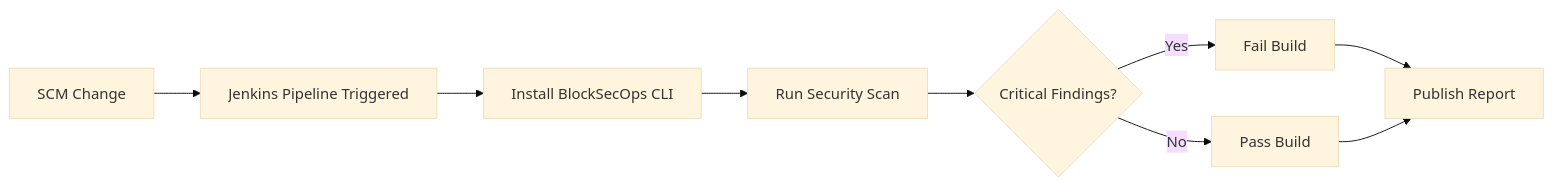
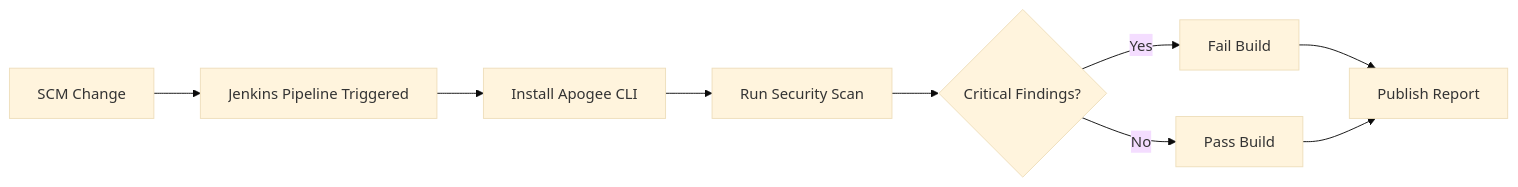
The diagram in playbooks/cicd-jenkins.md (AdvancedBlockchainSecurity/docs), drawn with Mermaid (base theme) before and after one commit. The commit also changed other lines of this file and 228 other files, not shown here.

````diff
--- a/playbooks/cicd-jenkins.md
+++ b/playbooks/cicd-jenkins.md
@@ -25,11 +25,11 @@
 ```mermaid
 flowchart LR
     A[SCM Change] --> B[Jenkins Pipeline Triggered]
-    B --> C[Install BlockSecOps CLI]
+    B --> C[Install Apogee CLI]
     C --> D[Run Security Scan]
     D --> E{Critical Findings?}
     E -->|Yes| F[Fail Build]
     E -->|No| G[Pass Build]
     F --> H[Publish Report]
     G --> H
 ```
````
